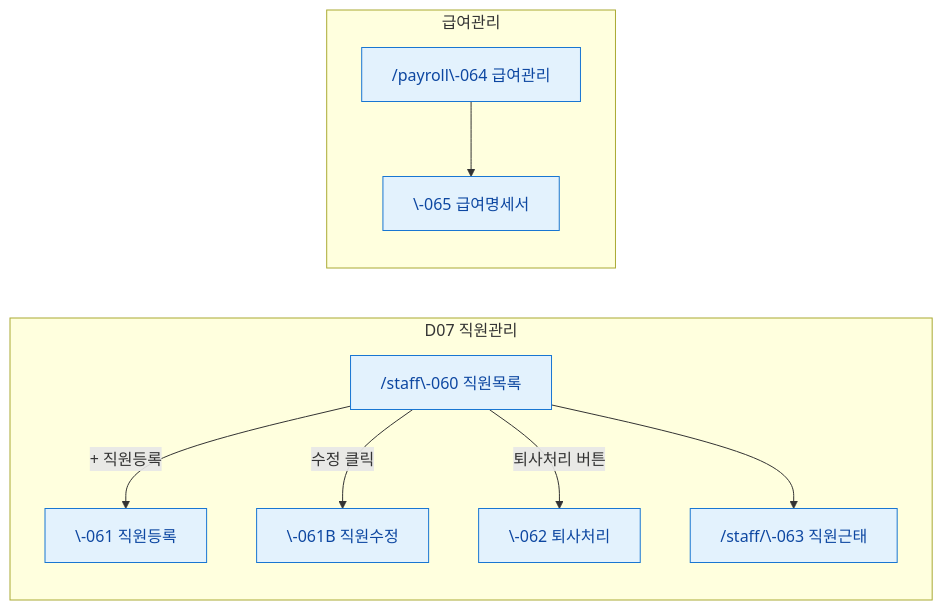
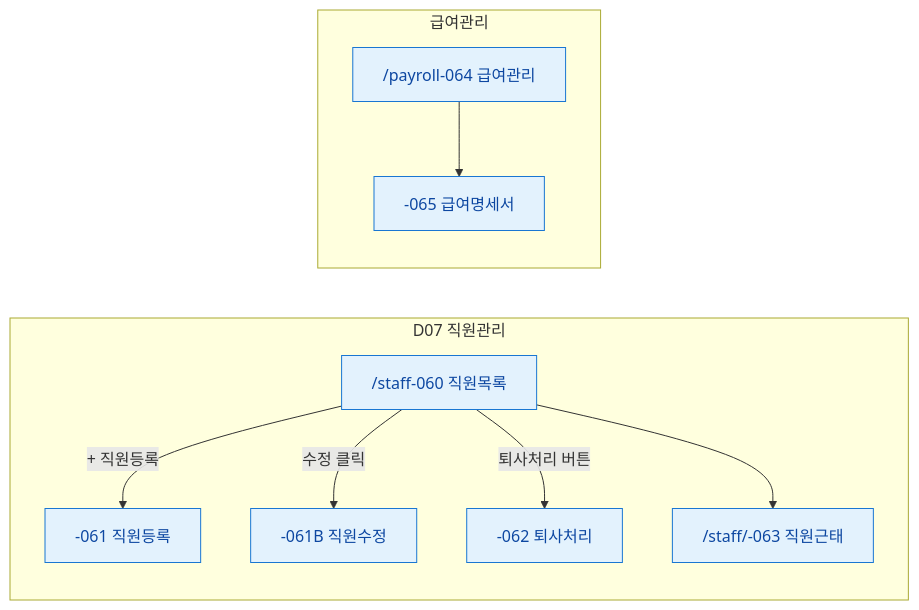
The eighth of 11 diagrams in docs/admin/다이어그램/00_사이트맵/N2_도메인별_사이트맵.md (dev-spogym/admin-pando), drawn with Mermaid before and after one commit. The commit also changed other lines of this file and 369 other files, not shown here.

````diff
--- a/docs/admin/다이어그램/00_사이트맵/N2_도메인별_사이트맵.md
+++ b/docs/admin/다이어그램/00_사이트맵/N2_도메인별_사이트맵.md
@@ -190,24 +190,24 @@
 ```mermaid
 flowchart LR
     subgraph D07["D07 직원관리"]
-        SCR060["/staff\-060 직원목록"]
-        SCR061["\-061 직원등록"]
-        SCR061B["\-061B 직원수정"]
-        SCR062["\-062 퇴사처리"]
-        SCR063["/staff/\-063 직원근태"]
+        SCR060["/staff-060 직원목록"]
+        SCR061["-061 직원등록"]
+        SCR061B["-061B 직원수정"]
+        SCR062["-062 퇴사처리"]
+        SCR063["/staff/-063 직원근태"]
     end
 
     subgraph D07P["급여관리"]
-        SCR064["/payroll\-064 급여관리"]
-        SCR065["\-065 급여명세서"]
+        SCR064["/payroll-064 급여관리"]
+        SCR065["-065 급여명세서"]
     end
 
     SCR060 -->|"+ 직원등록"|SCR061
     SCR060 -->|"수정 클릭"|SCR061B
     SCR060 -->|"퇴사처리 버튼"|SCR062
     SCR060 --> SCR063
     SCR064 --> SCR065
 
     classDef screen fill:#E3F2FD,stroke:#1976D2,color:#0D47A1
     class SCR060,SCR061,SCR061B,SCR062,SCR063,SCR064,SCR065 screen
 ```
````
